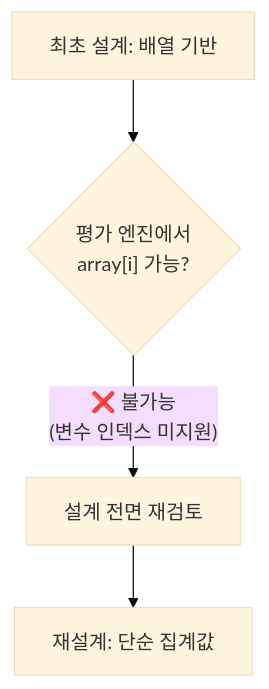
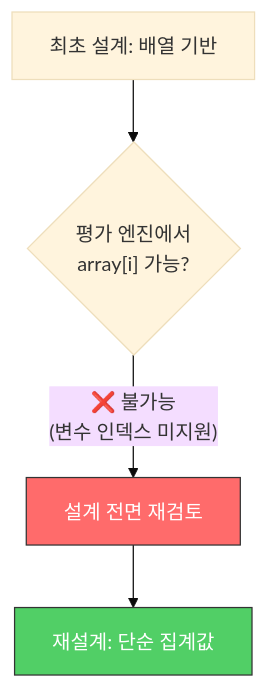
The second of 5 diagrams in _posts/2025-12-01-외부-시스템-제약이-더-나은-설계를-만들-때.md (Gyubster/til), drawn with Mermaid (base theme) before and after one commit. The commit also changed 11 other files, not shown here.

````diff
--- a/_posts/2025-12-01-외부-시스템-제약이-더-나은-설계를-만들-때.md
+++ b/_posts/2025-12-01-외부-시스템-제약이-더-나은-설계를-만들-때.md
@@ -62,6 +62,8 @@
 ```mermaid
 flowchart TD
     A["최초 설계: 배열 기반"] --> B{"평가 엔진에서<br>array[i] 가능?"}
     B -->|"❌ 불가능<br>(변수 인덱스 미지원)"| C["설계 전면 재검토"]
     C --> D["재설계: 단순 집계값"]
+    style C fill:#ff6b6b,stroke:#333,color:#fff
+    style D fill:#51cf66,stroke:#333,color:#fff
 ```
````
